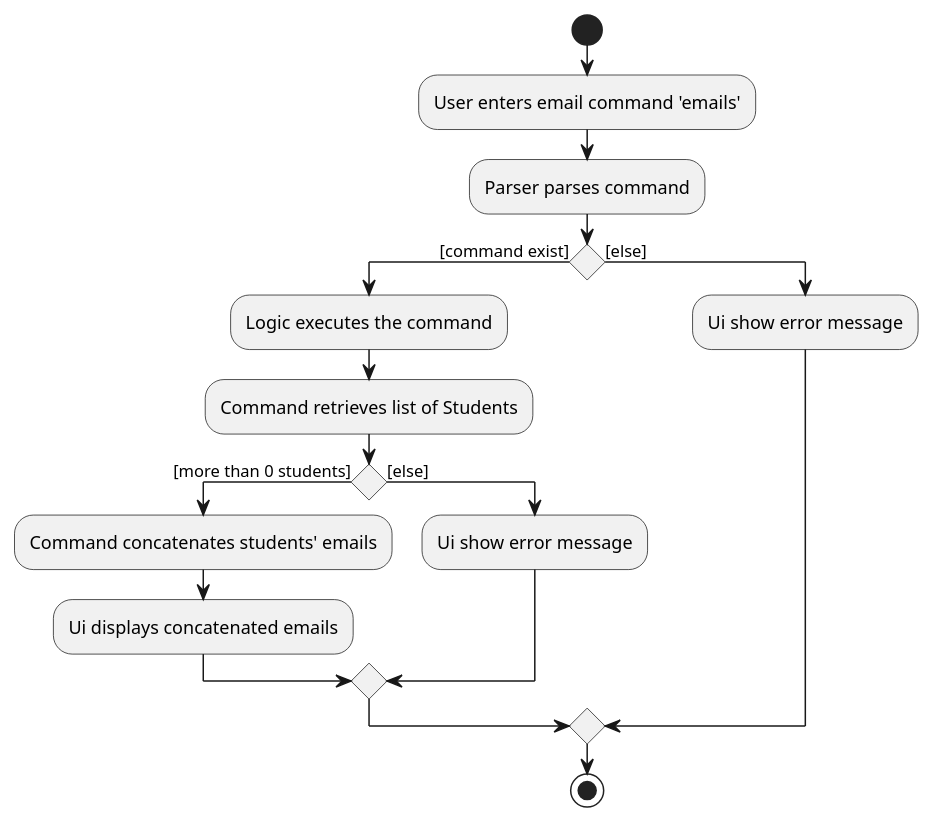
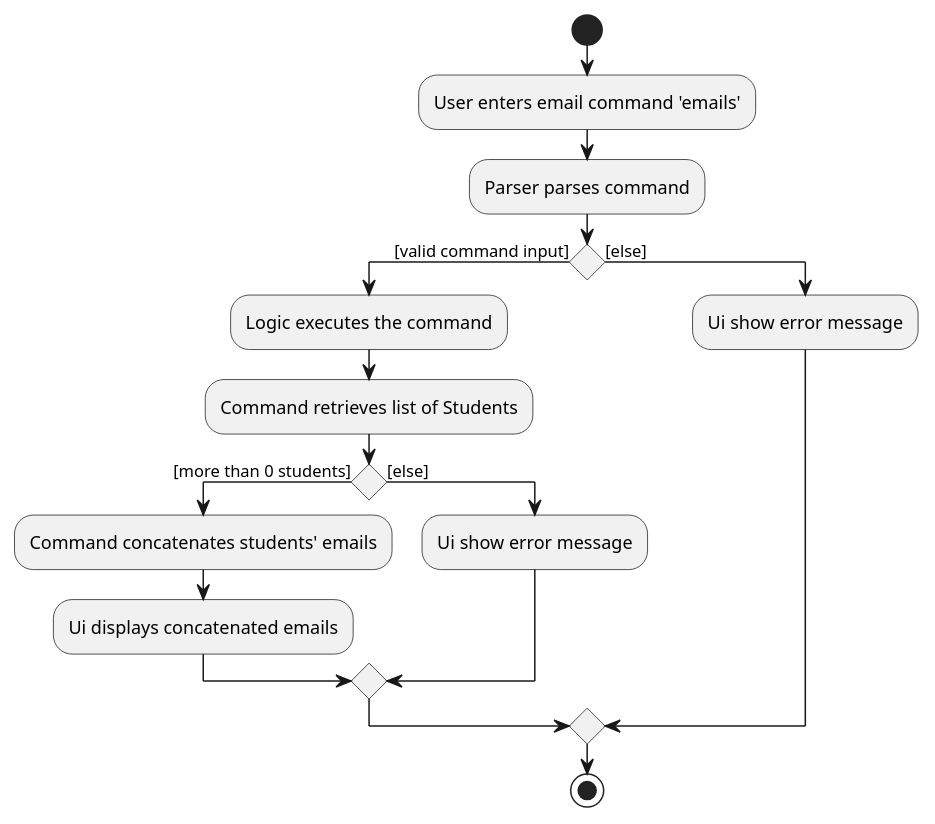
One commit to nus-cs2103-AY2021S2/tp changed the diagram in docs/diagrams/sam/EmailCommandActivityDiagram.puml. Above: the diagram before and after it, drawn with PlantUML.

Commit message:
Amendments to email command activity diagram

```diff
--- a/docs/diagrams/sam/EmailCommandActivityDiagram.puml
+++ b/docs/diagrams/sam/EmailCommandActivityDiagram.puml
@@ -1,22 +1,22 @@
 @startuml
 start
 :User enters email command 'emails';
 
 'Since the beta syntax does not support placing the condition outside the
 'diamond we place it as the true branch instead.
 
 :Parser parses command;
-if () then ([command exist])
+if () then ([valid command input])
     :Logic executes the command;
     :Command retrieves list of Students;
     if () then ([more than 0 students])
         :Command concatenates students' emails;
         :Ui displays concatenated emails;
     else ([else])
         :Ui show error message;
     endif
 else ([else])
     :Ui show error message;
 endif
 stop
 @enduml
```
